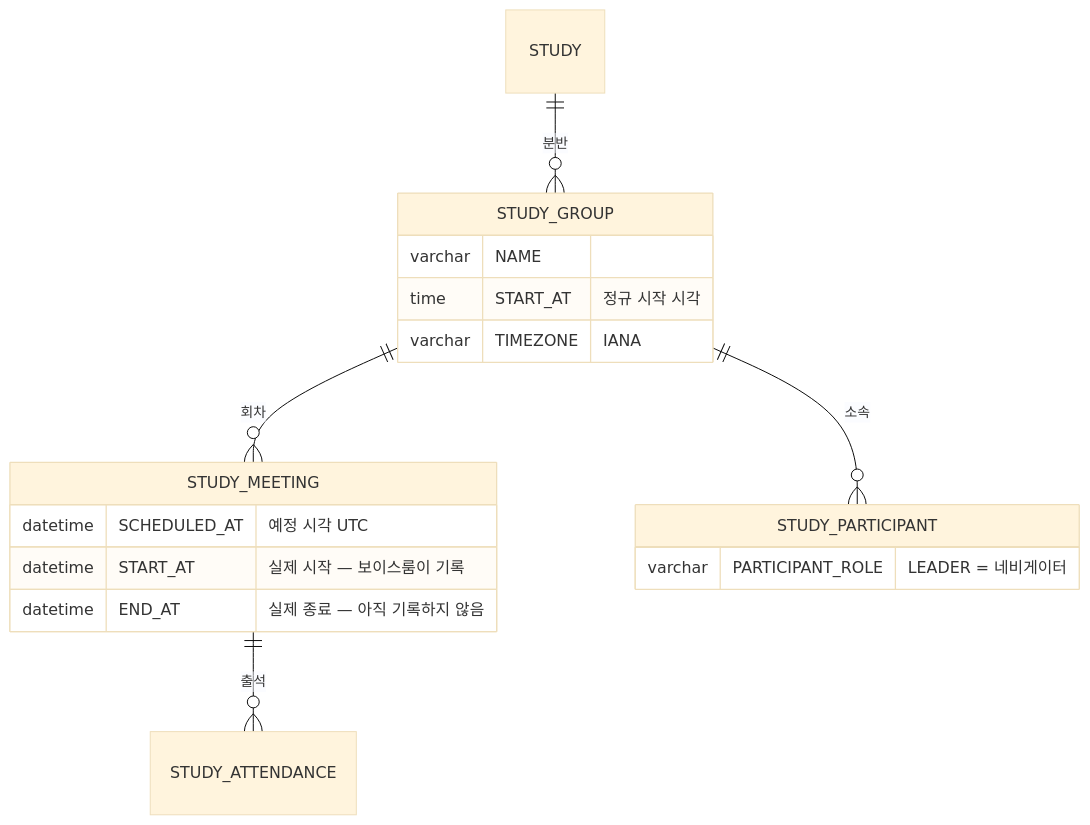
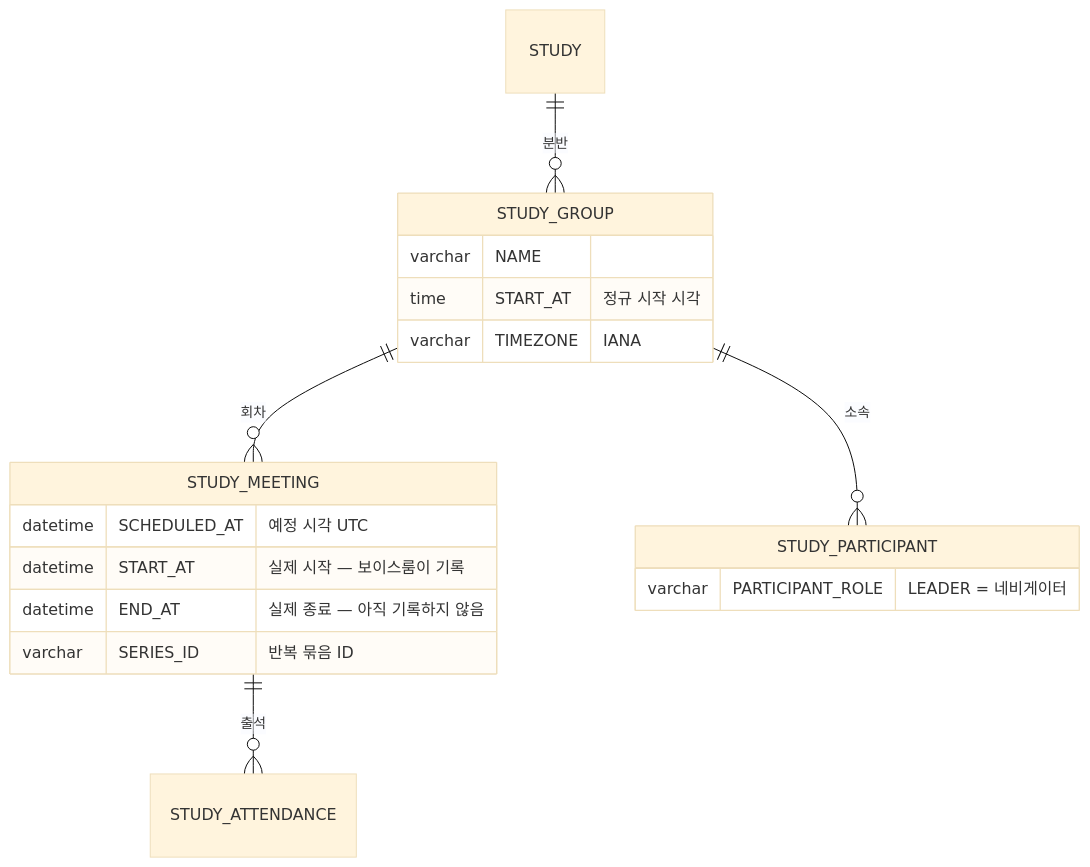
Before and after one commit to StudyClub-PlusPlus/studyclub-engineering: the second of 2 diagrams in planning/stories/navigator-register-sessions/PRD.md, drawn with Mermaid (base theme). The commit also changed other lines of this file and 6 other files, not shown here.

````diff
--- a/planning/stories/navigator-register-sessions/PRD.md
+++ b/planning/stories/navigator-register-sessions/PRD.md
@@ -199,20 +199,21 @@
 ```mermaid
 erDiagram
   STUDY ||--o{ STUDY_GROUP : "분반"
   STUDY_GROUP ||--o{ STUDY_MEETING : "회차"
   STUDY_GROUP ||--o{ STUDY_PARTICIPANT : "소속"
   STUDY_MEETING ||--o{ STUDY_ATTENDANCE : "출석"
   STUDY_GROUP {
     varchar NAME
     time START_AT "정규 시작 시각"
     varchar TIMEZONE "IANA"
   }
   STUDY_MEETING {
     datetime SCHEDULED_AT "예정 시각 UTC"
     datetime START_AT "실제 시작 — 보이스룸이 기록"
     datetime END_AT "실제 종료 — 아직 기록하지 않음"
+    varchar SERIES_ID "반복 묶음 ID"
   }
   STUDY_PARTICIPANT {
     varchar PARTICIPANT_ROLE "LEADER = 네비게이터"
   }
 ```
````
